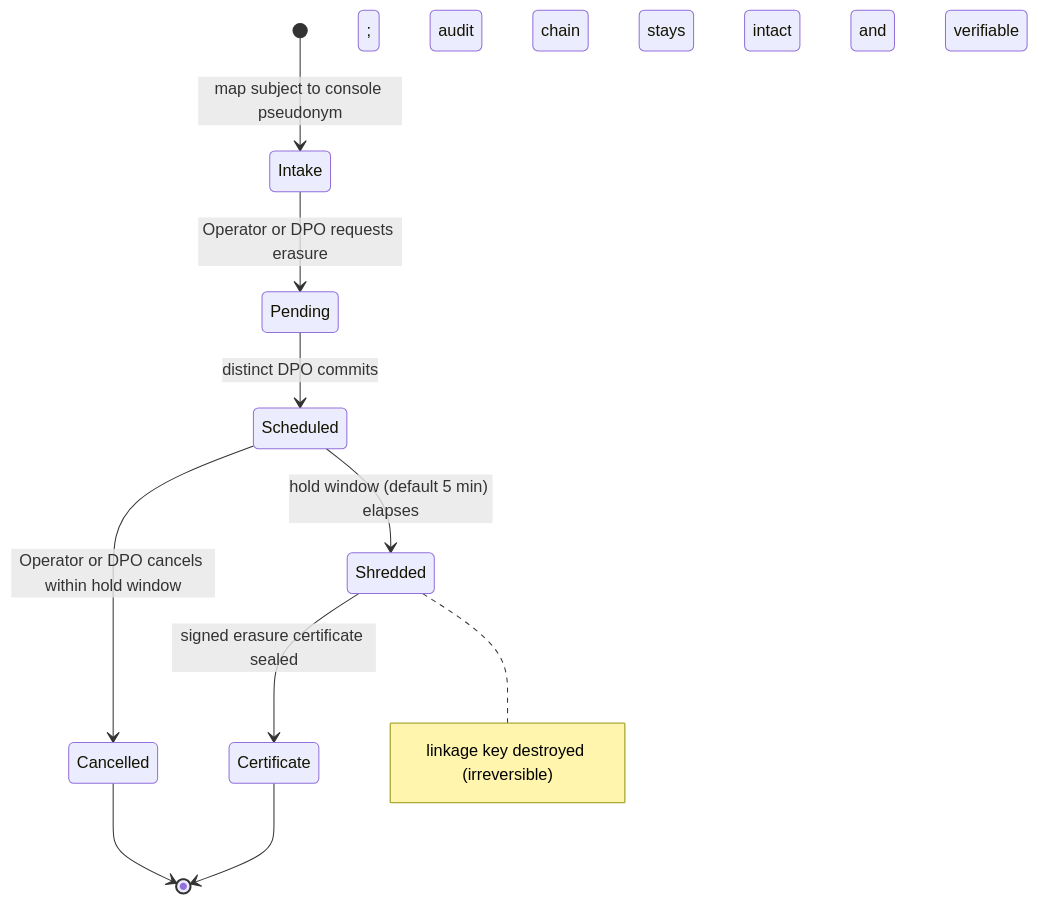
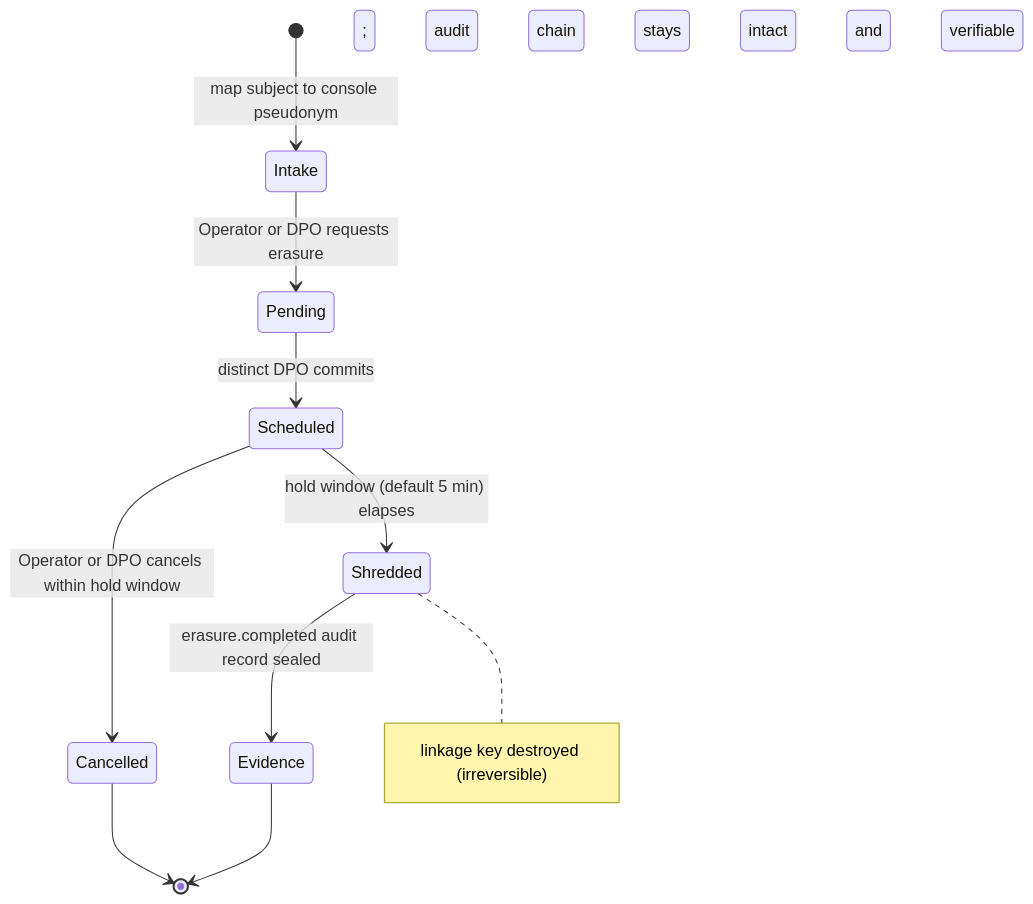
One commit to modootoday/humanymous changed the diagram in docs/runbooks/erasure-crypto-shred.md. Above: the diagram before and after it, drawn with Mermaid. The commit also changed 22 other files, not shown here.

````diff
--- a/docs/runbooks/erasure-crypto-shred.md
+++ b/docs/runbooks/erasure-crypto-shred.md
@@ -27,12 +27,12 @@
 ```mermaid
 stateDiagram-v2
   [*] --> Intake: map subject to console pseudonym
   Intake --> Pending: Operator or DPO requests erasure
   Pending --> Scheduled: distinct DPO commits
   Scheduled --> Cancelled: Operator or DPO cancels within hold window
   Scheduled --> Shredded: hold window (default 5 min) elapses
   Cancelled --> [*]
-  Shredded --> Certificate: signed erasure certificate sealed
-  Certificate --> [*]
+  Shredded --> Evidence: erasure.completed audit record sealed
+  Evidence --> [*]
   note right of Shredded: linkage key destroyed (irreversible); audit chain stays intact and verifiable
 ```
````
